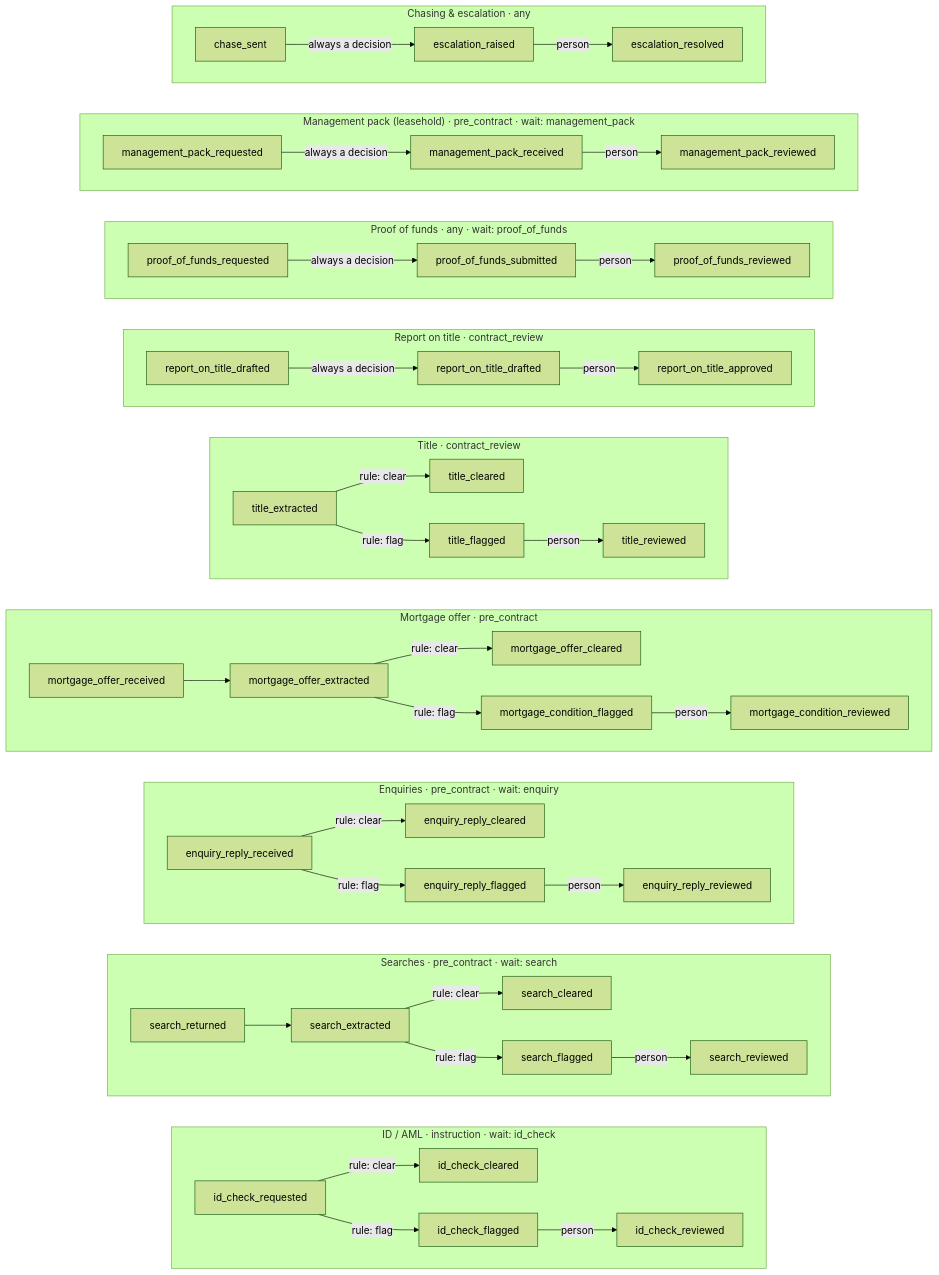
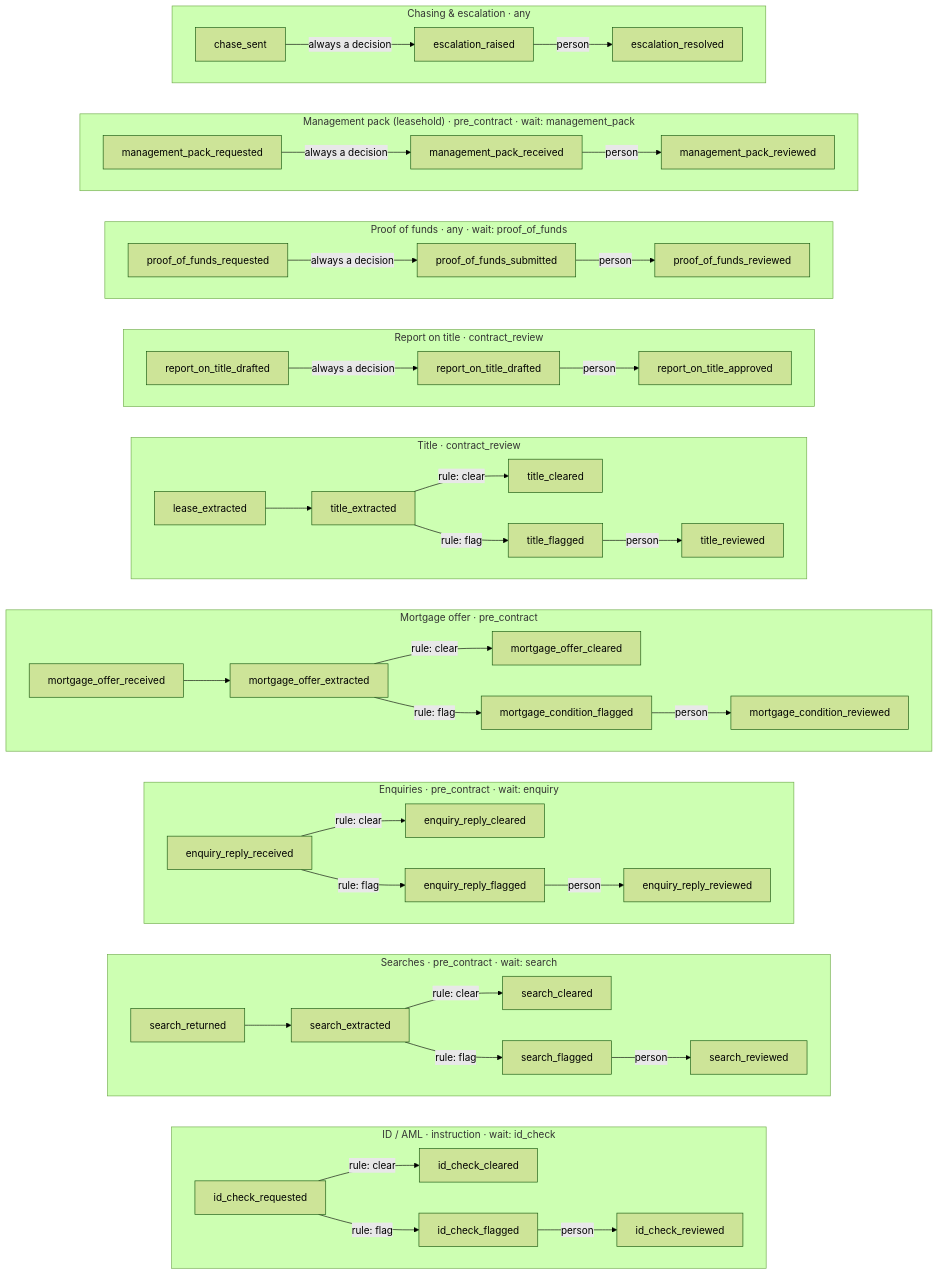
One commit to panwyll/case-lightning changed the fourth of 5 diagrams in docs/engine-map.md. Above: the diagram before and after it, drawn with Mermaid (forest theme). The commit also changed other lines of this file and 19 other files, not shown here.

```diff
--- a/docs/engine-map.md
+++ b/docs/engine-map.md
@@ -235,11 +235,13 @@
     end
     subgraph title["Title · contract_review"]
         direction LR
-        title_s["title_extracted"]
+        title_s["lease_extracted"]
+        title_x["title_extracted"]
+        title_s --> title_x
         title_c["title_cleared"]
-        title_s -->|rule: clear| title_c
+        title_x -->|rule: clear| title_c
         title_f["title_flagged"]
-        title_s -->|rule: flag| title_f
+        title_x -->|rule: flag| title_f
         title_r["title_reviewed"]
         title_f -->|person| title_r
     end
```
